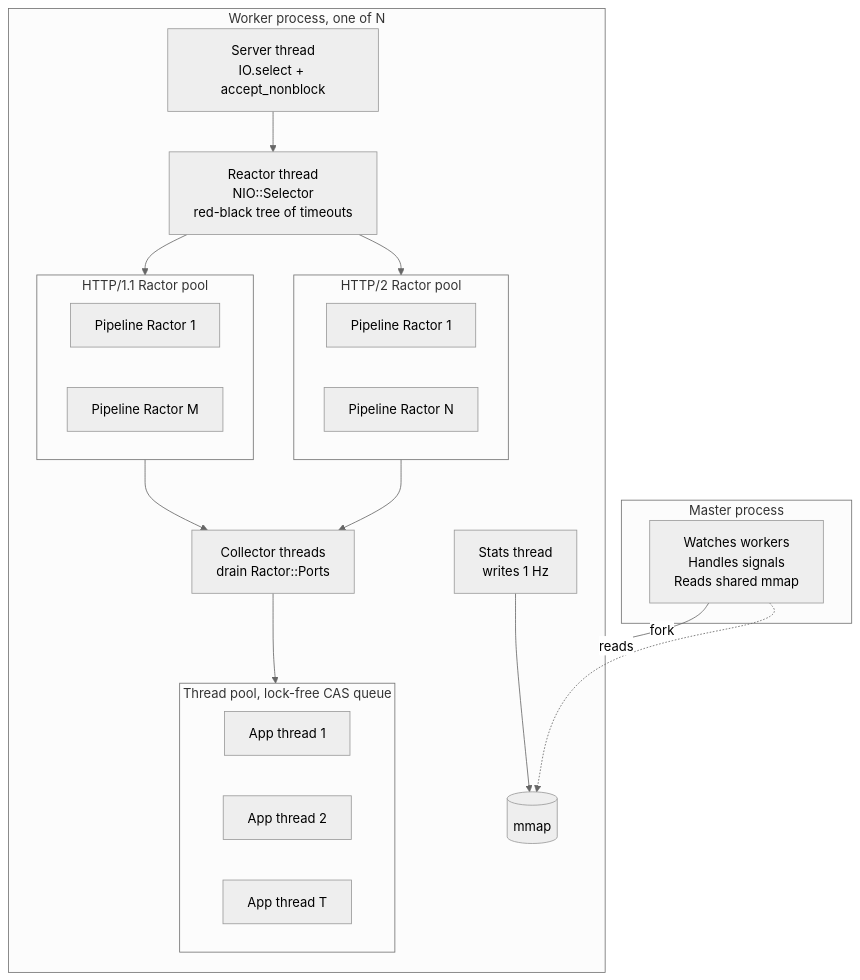
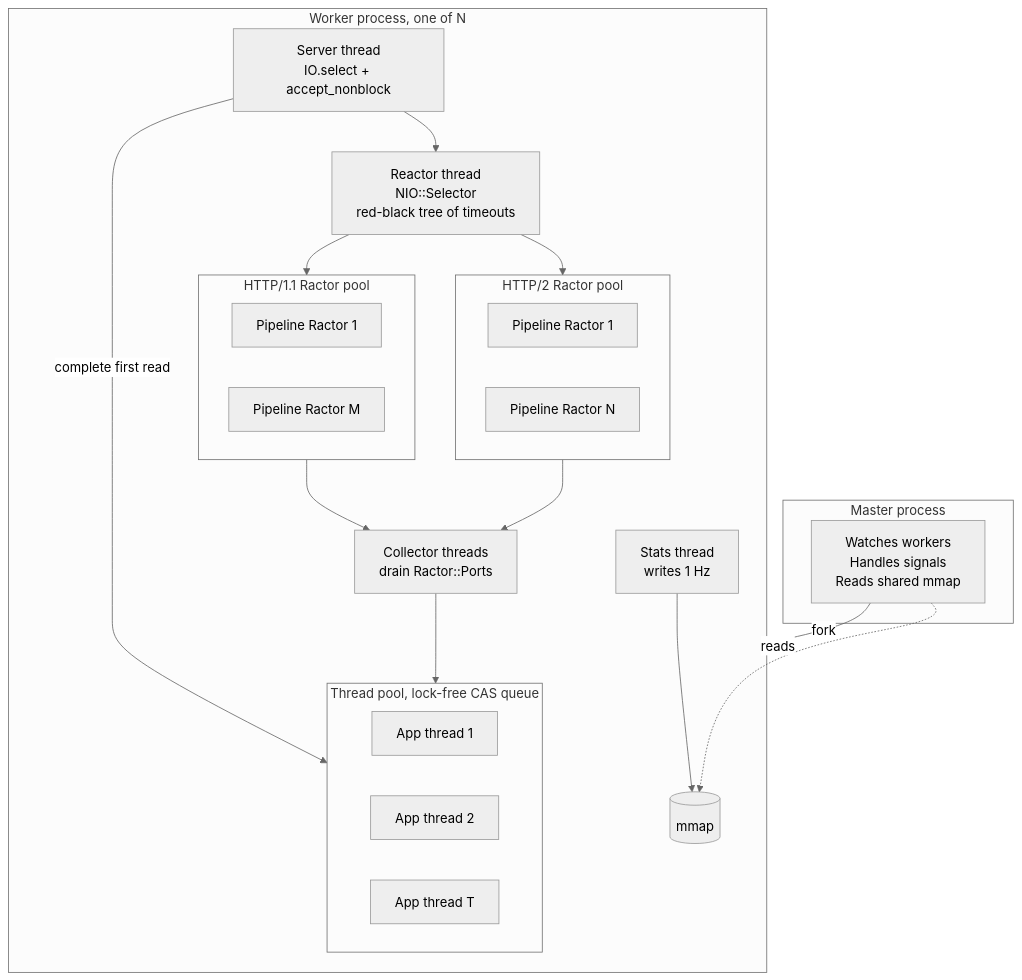
Before and after one commit to joshuay03/raptor: the second of 14 diagrams in docs/brisrails-talk.md, drawn with Mermaid (neutral theme). The commit also changed other lines of this file and 1 other file, not shown here.

Commit message:
Refresh the architecture docs

````diff
--- a/docs/brisrails-talk.md
+++ b/docs/brisrails-talk.md
@@ -564,42 +564,43 @@
 ```mermaid
 flowchart TB
     subgraph Master["Master process"]
         MM["Watches workers<br/>Handles signals<br/>Reads shared mmap"]
     end
 
     subgraph Worker["Worker process, one of N"]
         SRV["Server thread<br/>IO.select + accept_nonblock"]
         RCT["Reactor thread<br/>NIO::Selector<br/>red-black tree of timeouts"]
 
         subgraph RP1["HTTP/1.1 Ractor pool"]
             RW1["Pipeline Ractor 1"]
             RWM["Pipeline Ractor M"]
         end
 
         subgraph RP2["HTTP/2 Ractor pool"]
             RW2["Pipeline Ractor 1"]
             RWN["Pipeline Ractor N"]
         end
 
         COL["Collector threads<br/>drain Ractor::Ports"]
 
         subgraph ATP["Thread pool, lock-free CAS queue"]
             T1["App thread 1"]
             T2["App thread 2"]
             T3["App thread T"]
         end
 
         STA["Stats thread<br/>writes 1 Hz"]
 
+        SRV -->|"complete first read"| ATP
         SRV --> RCT
         RCT --> RP1
         RCT --> RP2
         RP1 --> COL
         RP2 --> COL
         COL --> ATP
         STA --> SHM[("mmap")]
     end
 
     MM -->|"fork"| Worker
     MM -.->|"reads"| SHM
 ```
````
